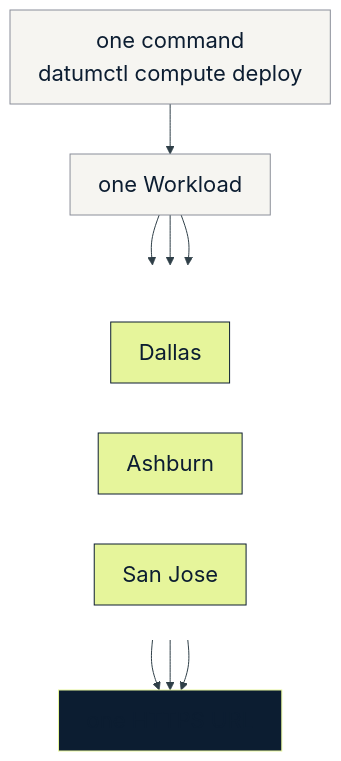
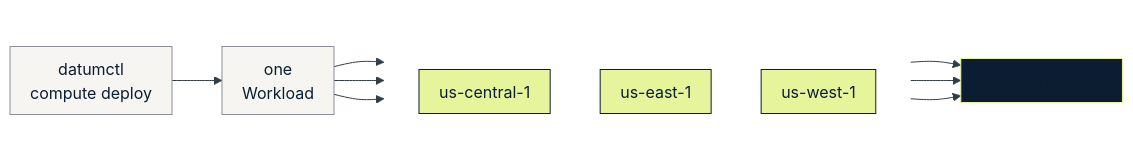
The diagram in assets/datumctl-docker-podman/02-many-places.md (datum-labs/shorts), drawn with Mermaid before and after one commit. The commit also changed other lines of this file and 12 other files, not shown here.

First line of the commit message:
shorts(compute): use regions instead of city names, shrink diagrams

````diff
--- a/assets/datumctl-docker-podman/02-many-places.md
+++ b/assets/datumctl-docker-podman/02-many-places.md
@@ -5,50 +5,50 @@
 ```mermaid
 ---
 config:
   theme: base
   flowchart:
-    wrappingWidth: 420
-    padding: 14
+    wrappingWidth: 300
+    padding: 10
     subGraphTitleMargin:
       top: 8
       bottom: 14
   themeVariables:
     fontFamily: "DejaVu Sans, Verdana, sans-serif"
-    fontSize: "22px"
+    fontSize: "16px"
     primaryColor: "#F6F5F1"
     primaryTextColor: "#0C1D31"
     primaryBorderColor: "#0C1D31"
     lineColor: "#2F3F48"
     clusterBkg: "#FBFAF7"
     clusterBorder: "#B9B5AC"
     labelBackground: "#F6F5F1"
     edgeLabelBackground: "#F6F5F1"
     mainBkg: "#F6F5F1"
 ---
-flowchart TB
-  cmd["one command<br/>datumctl compute deploy"]:::cream
-  wl["one Workload"]:::cream
+flowchart LR
+  cmd["datumctl<br/>compute deploy"]:::cream
+  wl["one<br/>Workload"]:::cream
   subgraph R[" "]
-    direction LR
-    i1["Dallas"]
-    i2["Ashburn"]
-    i3["San Jose"]
+    direction TB
+    i1["us-central-1"]
+    i2["us-east-1"]
+    i3["us-west-1"]
   end
   url["one HTTPS URL"]
   cmd --> wl
   wl --> i1 & i2 & i3
   i1 & i2 & i3 --> url
   class i1,i2,i3 ilime
   class url inavy
   style R fill:none,stroke:none
   classDef navy fill:#0C1D31,stroke:#0C1D31,color:#F6F5F1
   classDef pink fill:#EBCFD2,stroke:#B5605E,color:#0C1D31
   classDef lime fill:#E6F59B,stroke:#7C8A2E,color:#0C1D31
   classDef cream fill:#F6F5F1,stroke:#8A8E99,color:#0C1D31
   classDef bad fill:#F7D4D2,stroke:#B5605E,color:#7A1F1A,stroke-width:2px
   classDef good fill:#E6F59B,stroke:#5E6B1E,color:#0C1D31,stroke-width:2px
   classDef inavy fill:#0C1D31,stroke:#E6F59B,color:#0C1D31
   classDef ipink fill:#EBCFD2,stroke:#B5605E,color:#0C1D31
   classDef ilime fill:#E6F59B,stroke:#0C1D31,color:#0C1D31
   classDef iwhite fill:#FFFFFF,stroke:#0C1D31,color:#0C1D31
 ```
````
